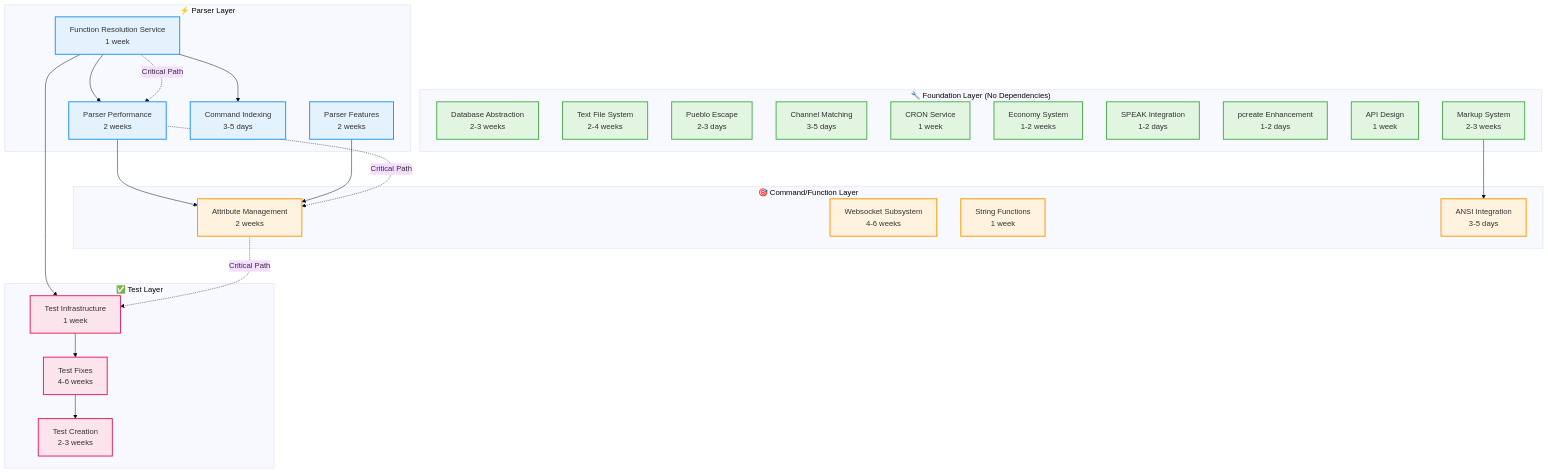
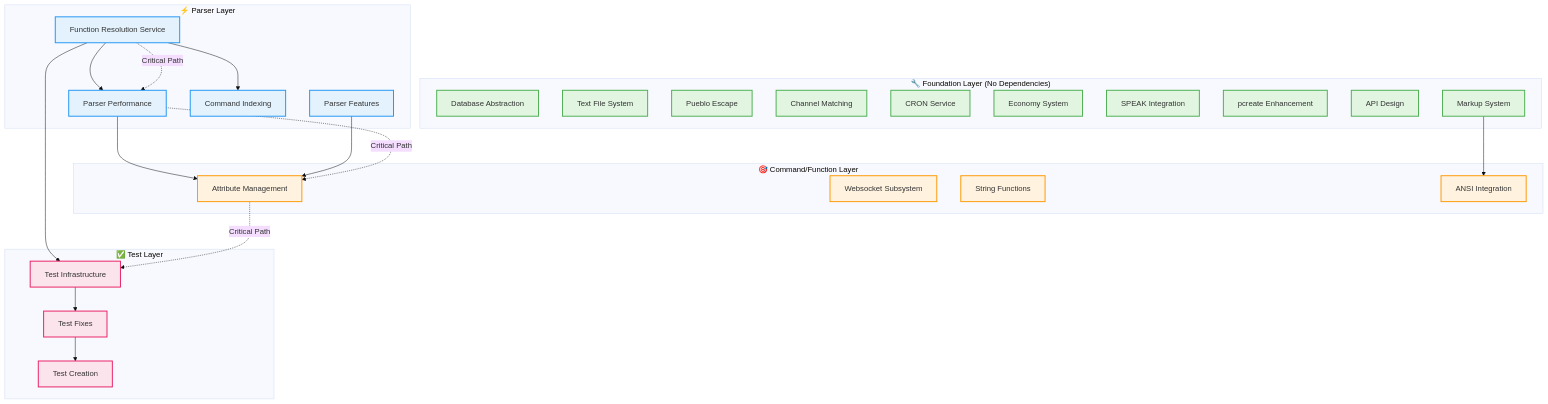
Before and after one commit to SharpMUSH/SharpMUSH: the first of 9 diagrams in TODO_DEPENDENCY_GRAPH.md, drawn with Mermaid (base theme). The commit also changed other lines of this file and 2 other files, not shown here.

````diff
--- a/TODO_DEPENDENCY_GRAPH.md
+++ b/TODO_DEPENDENCY_GRAPH.md
@@ -7,60 +7,60 @@
 ```mermaid
 graph TB
     subgraph Foundation["🔧 Foundation Layer (No Dependencies)"]
-        DB[Database Abstraction<br/>2-3 weeks]
-        TFS[Text File System<br/>2-4 weeks]
-        PUEBLO[Pueblo Escape<br/>2-3 days]
-        CHANNEL[Channel Matching<br/>3-5 days]
-        CRON[CRON Service<br/>1 week]
-        ECONOMY[Economy System<br/>1-2 weeks]
-        SPEAK[SPEAK Integration<br/>1-2 days]
-        PCREATE[pcreate Enhancement<br/>1-2 days]
-        API[API Design<br/>1 week]
-        MARKUP[Markup System<br/>2-3 weeks]
+        DB[Database Abstraction]
+        TFS[Text File System]
+        PUEBLO[Pueblo Escape]
+        CHANNEL[Channel Matching]
+        CRON[CRON Service]
+        ECONOMY[Economy System]
+        SPEAK[SPEAK Integration]
+        PCREATE[pcreate Enhancement]
+        API[API Design]
+        MARKUP[Markup System]
     end
 
     subgraph Parser["⚡ Parser Layer"]
-        FRS[Function Resolution Service<br/>1 week]
-        PERF[Parser Performance<br/>2 weeks]
-        PFEATURES[Parser Features<br/>2 weeks]
-        CMDIDX[Command Indexing<br/>3-5 days]
+        FRS[Function Resolution Service]
+        PERF[Parser Performance]
+        PFEATURES[Parser Features]
+        CMDIDX[Command Indexing]
     end
 
     subgraph Commands["🎯 Command/Function Layer"]
-        ATTR[Attribute Management<br/>2 weeks]
-        WS[Websocket Subsystem<br/>4-6 weeks]
-        STRINGS[String Functions<br/>1 week]
-        ANSI[ANSI Integration<br/>3-5 days]
+        ATTR[Attribute Management]
+        WS[Websocket Subsystem]
+        STRINGS[String Functions]
+        ANSI[ANSI Integration]
     end
 
     subgraph Tests["✅ Test Layer"]
-        TINFRA[Test Infrastructure<br/>1 week]
-        TFIX[Test Fixes<br/>4-6 weeks]
-        TCREATE[Test Creation<br/>2-3 weeks]
+        TINFRA[Test Infrastructure]
+        TFIX[Test Fixes]
+        TCREATE[Test Creation]
     end
 
     %% Dependencies
     FRS --> PERF
     FRS --> CMDIDX
     MARKUP --> ANSI
     PERF --> ATTR
     PFEATURES --> ATTR
     FRS --> TINFRA
     TINFRA --> TFIX
     TFIX --> TCREATE
     
     %% Critical path
     FRS -.->|Critical Path| PERF
     PERF -.->|Critical Path| ATTR
     ATTR -.->|Critical Path| TINFRA
 
     classDef foundation fill:#e1f5e1,stroke:#4caf50,stroke-width:2px
     classDef parser fill:#e3f2fd,stroke:#2196f3,stroke-width:2px
     classDef commands fill:#fff3e0,stroke:#ff9800,stroke-width:2px
     classDef tests fill:#fce4ec,stroke:#e91e63,stroke-width:2px
     
     class DB,TFS,PUEBLO,CHANNEL,CRON,ECONOMY,SPEAK,PCREATE,API,MARKUP foundation
     class FRS,PERF,PFEATURES,CMDIDX parser
     class ATTR,WS,STRINGS,ANSI commands
     class TINFRA,TFIX,TCREATE tests
 ```
````
